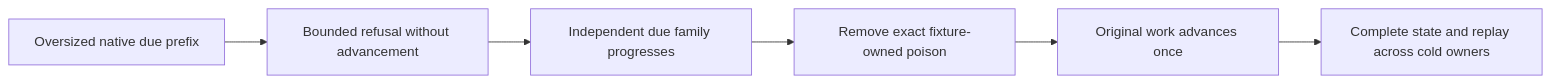
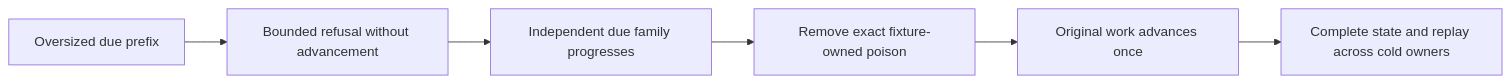
Before and after one commit to managedcode/KeyLoad: the diagram in docs/Features/Messaging/QueueDeadlinePoisonPrefix.md, drawn with Mermaid. The commit also changed other lines of this file and 9016 other files, not shown here.

````diff
--- a/docs/Features/Messaging/QueueDeadlinePoisonPrefix.md
+++ b/docs/Features/Messaging/QueueDeadlinePoisonPrefix.md
@@ -9,8 +9,8 @@
 ```mermaid
 flowchart LR
-    Prefix[Oversized native due prefix] --> Refuse[Bounded refusal without advancement]
+    Prefix[Oversized due prefix] --> Refuse[Bounded refusal without advancement]
     Refuse --> Other[Independent due family progresses]
     Other --> Repair[Remove exact fixture-owned poison]
     Repair --> Resume[Original work advances once]
     Resume --> Cold[Complete state and replay across cold owners]
 ```
````
